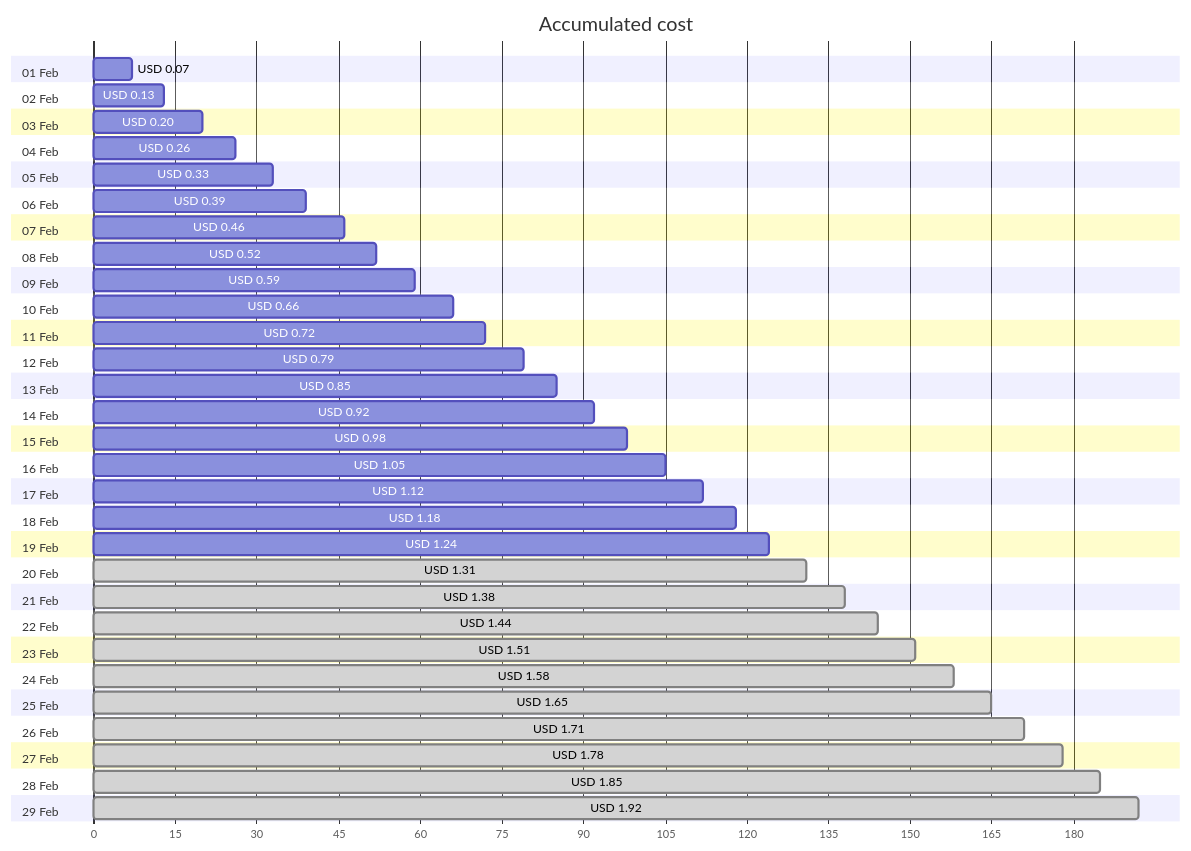
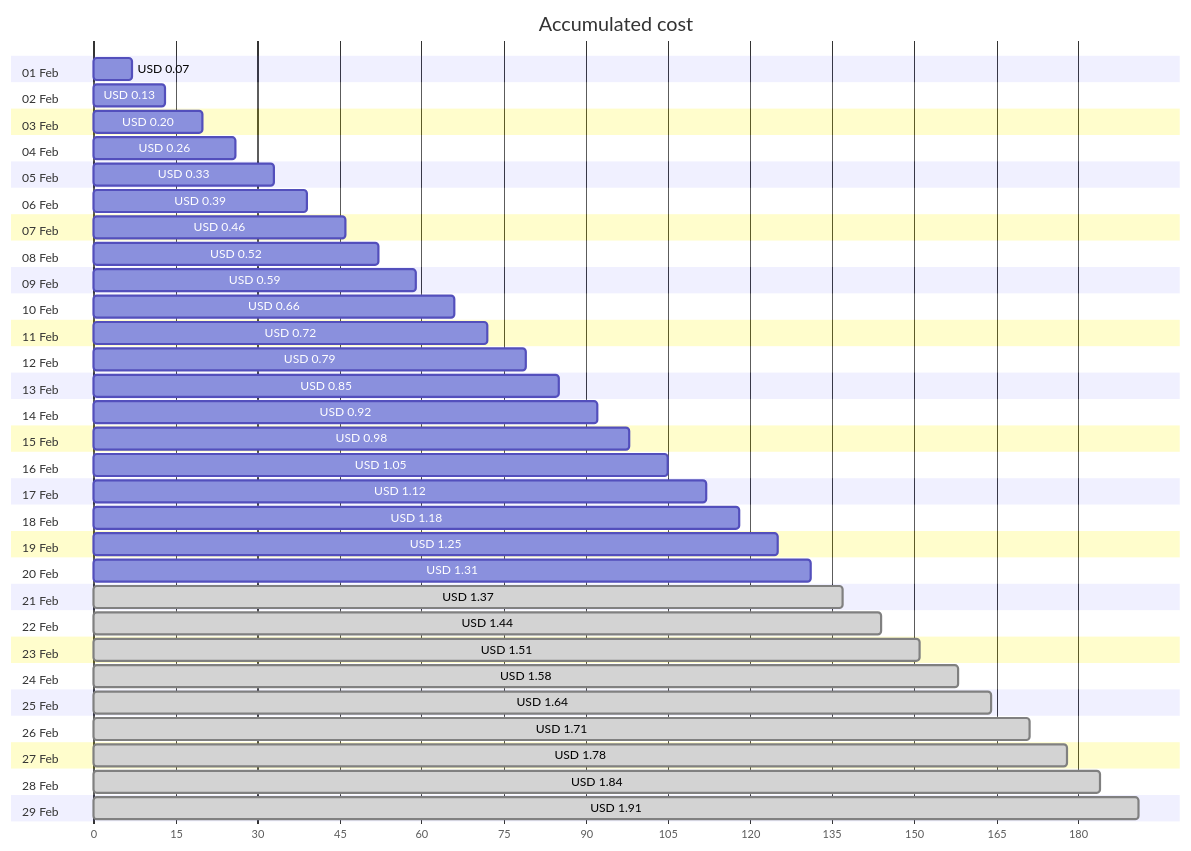
One commit to jpfulton/azure-personal-reports changed the first of 4 diagrams in cost-reports/personal-network/vpn-server_OsDisk.md. Above: the diagram before and after it, drawn with Mermaid. The commit also changed other lines of this file and 8 other files, not shown here.

````diff
--- a/cost-reports/personal-network/vpn-server_OsDisk.md
+++ b/cost-reports/personal-network/vpn-server_OsDisk.md
@@ -20,64 +20,64 @@
 ```mermaid
 gantt
    title Accumulated cost
    dateFormat  X
    axisFormat %s
    section 01 Feb
    USD 0.07 :0, 7
    section 02 Feb
    USD 0.13 :0, 13
    section 03 Feb
    USD 0.20 :0, 20
    section 04 Feb
    USD 0.26 :0, 26
    section 05 Feb
    USD 0.33 :0, 33
    section 06 Feb
    USD 0.39 :0, 39
    section 07 Feb
    USD 0.46 :0, 46
    section 08 Feb
    USD 0.52 :0, 52
    section 09 Feb
    USD 0.59 :0, 59
    section 10 Feb
    USD 0.66 :0, 66
    section 11 Feb
    USD 0.72 :0, 72
    section 12 Feb
    USD 0.79 :0, 79
    section 13 Feb
    USD 0.85 :0, 85
    section 14 Feb
    USD 0.92 :0, 92
    section 15 Feb
    USD 0.98 :0, 98
    section 16 Feb
    USD 1.05 :0, 105
    section 17 Feb
    USD 1.12 :0, 112
    section 18 Feb
    USD 1.18 :0, 118
    section 19 Feb
-   USD 1.24 :0, 124
+   USD 1.25 :0, 125
    section 20 Feb
-   USD 1.31 : done, 0, 131
+   USD 1.31 :0, 131
    section 21 Feb
-   USD 1.38 : done, 0, 138
+   USD 1.37 : done, 0, 137
    section 22 Feb
    USD 1.44 : done, 0, 144
    section 23 Feb
    USD 1.51 : done, 0, 151
    section 24 Feb
    USD 1.58 : done, 0, 158
    section 25 Feb
-   USD 1.65 : done, 0, 165
+   USD 1.64 : done, 0, 164
    section 26 Feb
    USD 1.71 : done, 0, 171
    section 27 Feb
    USD 1.78 : done, 0, 178
    section 28 Feb
-   USD 1.85 : done, 0, 185
+   USD 1.84 : done, 0, 184
    section 29 Feb
-   USD 1.92 : done, 0, 192
+   USD 1.91 : done, 0, 191
 ```
````
